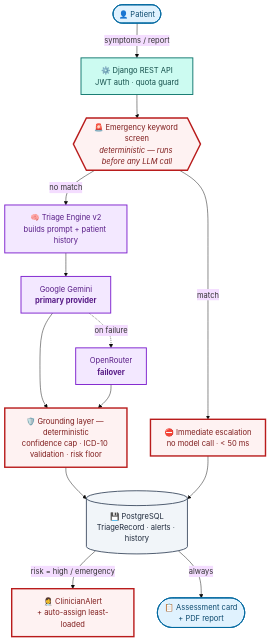
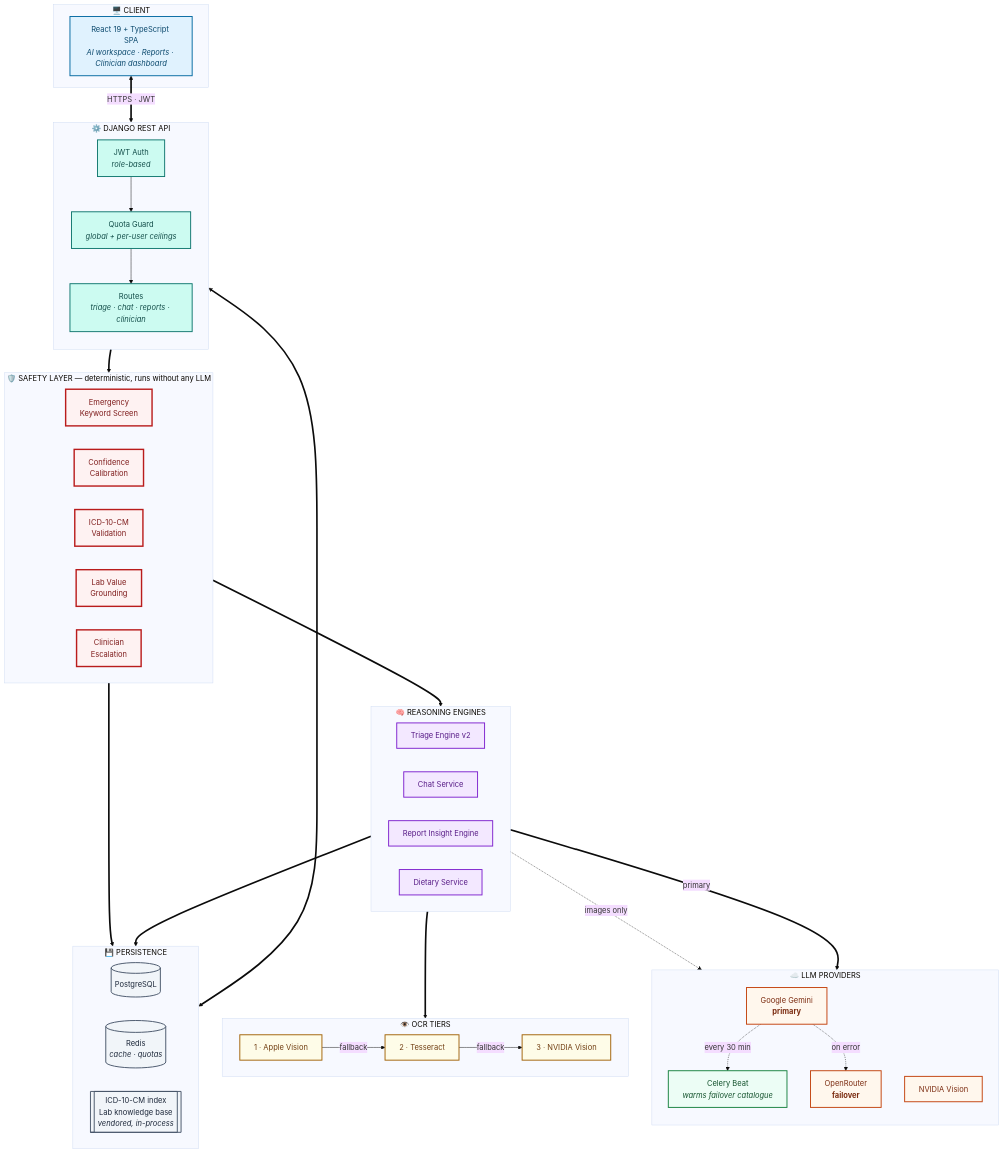
The diagram in README.md (janhvisaste/Medaid), drawn with Mermaid (base theme) before and after one commit. The commit also changed other lines of this file, not shown here.

Commit message:
docs: richer subgraph architecture diagram
Replaces the single-flow Mermaid diagram with a subgraph-organized one —
CLIENT, DJANGO REST API, SAFETY LAYER, REASONING ENGINES, LLM PROVIDERS,
OCR TIERS, and PERSISTENCE grouped and colour-coded separately, each
box verified against the actual module (triage_engine_v2.py,
chat_service.py, report_insight_engine.py, dietary_service.py,
llm_providers/, the Celery beat schedule). Validated against the real
Mermaid parser before committing.

````diff
--- a/README.md
+++ b/README.md
@@ -67,40 +67,80 @@
 ```mermaid
-flowchart TD
-    PATIENT(["👤 Patient"]) -->|"symptoms / report"| API
+flowchart TB
+    subgraph client["🖥️  CLIENT"]
+        UI["React 19 + TypeScript SPA<br/><i>AI workspace · Reports · Clinician dashboard</i>"]
+    end
 
-    API["⚙️ Django REST API<br/>JWT auth · quota guard"]
-    API --> SCREEN
+    subgraph api["⚙️  DJANGO REST API"]
+        direction TB
+        AUTH["JWT Auth<br/><i>role-based</i>"]
+        QUOTA["Quota Guard<br/><i>global + per-user ceilings</i>"]
+        ROUTES["Routes<br/><i>triage · chat · reports · clinician</i>"]
+        AUTH --> QUOTA --> ROUTES
+    end
 
-    SCREEN{{"🚨 Emergency keyword screen<br/><i>deterministic — runs before any LLM call</i>"}}
-    SCREEN -->|"match"| ESCALATE["⛔ Immediate escalation<br/>no model call · &lt; 50 ms"]
-    SCREEN -->|"no match"| ENGINE
+    subgraph safety["🛡️  SAFETY LAYER — deterministic, runs without any LLM"]
+        direction LR
+        EMERG["Emergency<br/>Keyword Screen"]
+        CALIB["Confidence<br/>Calibration"]
+        ICD["ICD-10-CM<br/>Validation"]
+        LABS["Lab Value<br/>Grounding"]
+        ALERTS["Clinician<br/>Escalation"]
+    end
 
-    ENGINE["🧠 Triage Engine v2<br/>builds prompt + patient history"]
-    ENGINE --> GEMINI
+    subgraph engines["🧠  REASONING ENGINES"]
+        direction LR
+        TRIAGE["Triage Engine v2"]
+        CHAT["Chat Service"]
+        REPORT["Report Insight Engine"]
+        DIET["Dietary Service"]
+    end
 
-    GEMINI["Google Gemini<br/><b>primary provider</b>"]
-    GEMINI -.->|"on failure"| OPENROUTER["OpenRouter<br/><b>failover</b>"]
-    GEMINI --> GROUND
-    OPENROUTER --> GROUND
+    subgraph providers["☁️  LLM PROVIDERS"]
+        direction TB
+        GEM["Google Gemini<br/><b>primary</b>"]
+        OR["OpenRouter<br/><b>failover</b>"]
+        NV["NVIDIA Vision"]
+        GEM -. "every 30 min" .-> CEL["Celery Beat<br/><i>warms failover catalogue</i>"]
+        GEM -. "on error" .-> OR
+        REPORT -. "images only" .-> NV
+    end
 
-    GROUND["🛡️ Grounding layer — deterministic<br/>confidence cap · ICD-10 validation · risk floor"]
-    GROUND --> DB
+    subgraph ocr["👁️  OCR TIERS"]
+        direction LR
+        T1["1 · Apple Vision"] -- fallback --> T2["2 · Tesseract"] -- fallback --> T3["3 · NVIDIA Vision"]
+    end
 
-    DB[("💾 PostgreSQL<br/>TriageRecord · alerts · history")]
-    ESCALATE --> DB
+    subgraph data["💾  PERSISTENCE"]
+        direction LR
+        PG[("PostgreSQL")]
+        RD[("Redis<br/><i>cache · quotas</i>")]
+        KB[["ICD-10-CM index<br/>Lab knowledge base<br/><i>vendored, in-process</i>"]]
+    end
 
-    DB -->|"risk = high / emergency"| ALERT["👩‍⚕️ ClinicianAlert<br/>+ auto-assign least-loaded"]
-    DB -->|"always"| PATIENT2(["📋 Assessment card<br/>+ PDF report"])
+    UI <==>|"HTTPS · JWT"| api
+    ROUTES ==> safety
+    safety ==> engines
+    engines ==>|"primary"| GEM
+    REPORT ==> ocr
+    engines ==> data
+    safety ==> KB
+    api <==> RD
 
-    classDef entry fill:#e0f2fe,stroke:#0369a1,stroke-width:2px,color:#0c4a6e
-    classDef api fill:#ccfbf1,stroke:#0f766e,stroke-width:2px,color:#134e4a
-    classDef safety fill:#fef2f2,stroke:#b91c1c,stroke-width:3px,color:#7f1d1d
-    classDef engine fill:#f3e8ff,stroke:#7e22ce,stroke-width:2px,color:#581c87
-    classDef data fill:#f1f5f9,stroke:#475569,stroke-width:2px,color:#1e293b
+    classDef clientStyle fill:#e0f2fe,stroke:#0369a1,stroke-width:2px,color:#0c4a6e
+    classDef apiStyle fill:#ccfbf1,stroke:#0f766e,stroke-width:2px,color:#134e4a
+    classDef safetyStyle fill:#fef2f2,stroke:#b91c1c,stroke-width:3px,color:#7f1d1d
+    classDef engineStyle fill:#f3e8ff,stroke:#7e22ce,stroke-width:2px,color:#581c87
+    classDef providerStyle fill:#fff7ed,stroke:#c2410c,stroke-width:2px,color:#7c2d12
+    classDef ocrStyle fill:#fefce8,stroke:#a16207,stroke-width:2px,color:#713f12
+    classDef dataStyle fill:#f1f5f9,stroke:#475569,stroke-width:2px,color:#1e293b
+    classDef workerStyle fill:#ecfdf5,stroke:#15803d,stroke-width:2px,color:#14532d
 
-    class PATIENT,PATIENT2 entry
-    class API api
-    class SCREEN,ESCALATE,GROUND,ALERT safety
-    class ENGINE,GEMINI,OPENROUTER engine
-    class DB data
+    class UI clientStyle
+    class AUTH,QUOTA,ROUTES apiStyle
+    class EMERG,CALIB,ICD,LABS,ALERTS safetyStyle
+    class TRIAGE,CHAT,REPORT,DIET engineStyle
+    class GEM,OR,NV providerStyle
+    class T1,T2,T3 ocrStyle
+    class PG,RD,KB dataStyle
+    class CEL workerStyle
 ```
````
